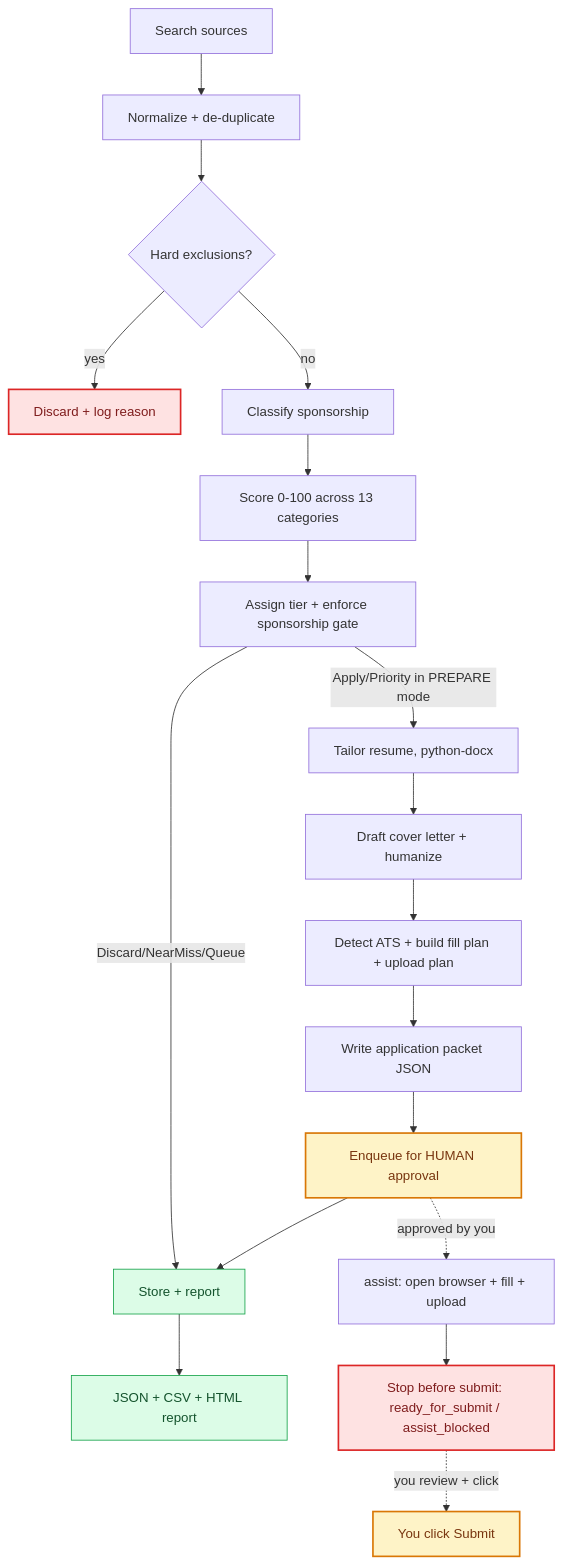
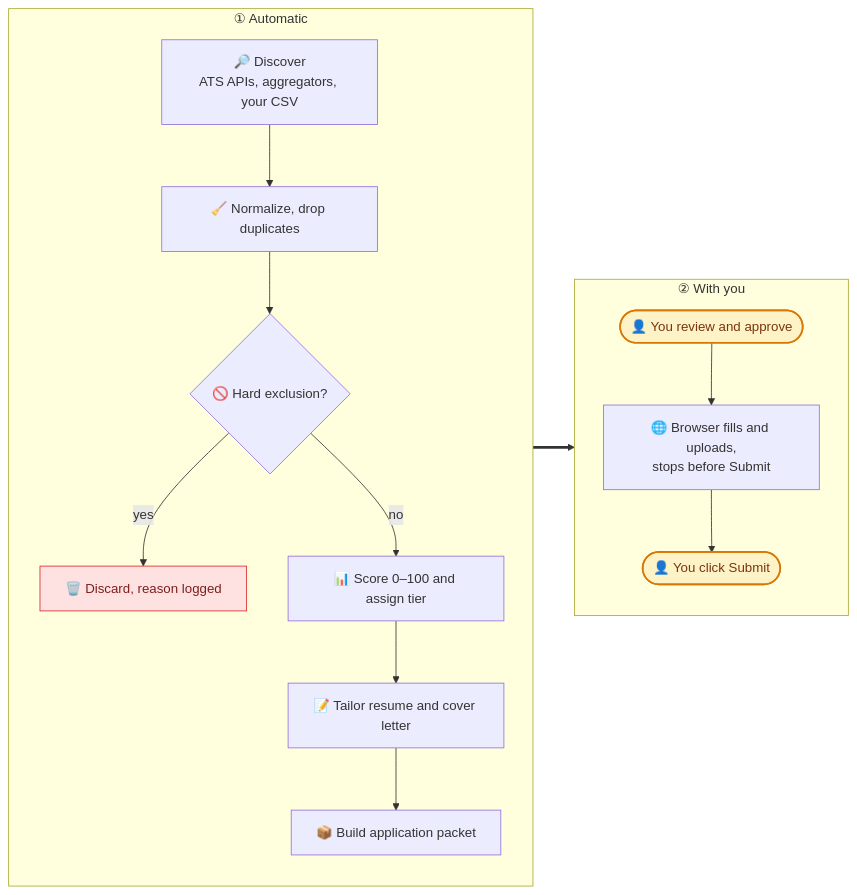
The first of 6 diagrams in README.md (AtreshSoma/JobAgent), drawn with Mermaid before and after one commit. The commit also changed other lines of this file and 4 other files, not shown here.

````diff
--- a/README.md
+++ b/README.md
@@ -292,27 +77,23 @@
 ```mermaid
-flowchart TD
-    A[Search sources] --> B[Normalize + de-duplicate]
-    B --> C{Hard exclusions?}
-    C -- yes --> X[Discard + log reason]
-    C -- no --> D[Classify sponsorship]
-    D --> E[Score 0-100 across 13 categories]
-    E --> F[Assign tier + enforce sponsorship gate]
-    F -- Discard/NearMiss/Queue --> R[Store + report]
-    F -- Apply/Priority in PREPARE mode --> G[Tailor resume, python-docx]
-    G --> H[Draft cover letter + humanize]
-    H --> I[Detect ATS + build fill plan + upload plan]
-    I --> J[Write application packet JSON]
-    J --> K[Enqueue for HUMAN approval]
-    K --> R
-    R --> S[JSON + CSV + HTML report]
-    K -.approved by you.-> T[assist: open browser + fill + upload]
-    T --> V[Stop before submit: ready_for_submit / assist_blocked]
-    V -.you review + click.-> W[You click Submit]
+flowchart LR
+    subgraph AUTO["① Automatic"]
+        direction TB
+        A["🔎 Discover<br/>ATS APIs, aggregators, your CSV"] --> B["🧹 Normalize, drop duplicates"]
+        B --> C{"🚫 Hard exclusion?"}
+        C -- yes --> X["🗑️ Discard, reason logged"]
+        C -- no --> D["📊 Score 0–100 and assign tier"]
+        D --> E["📝 Tailor resume and cover letter"]
+        E --> F["📦 Build application packet"]
+    end
+    subgraph YOU["② With you"]
+        direction TB
+        G(["👤 You review and approve"]) --> H["🌐 Browser fills and uploads,<br/>stops before Submit"]
+        H --> I(["👤 You click Submit"])
+    end
+    AUTO ==> YOU
 
     classDef human fill:#fef3c7,stroke:#d97706,stroke-width:2px,color:#78350f
-    classDef stop fill:#fee2e2,stroke:#dc2626,stroke-width:2px,color:#7f1d1d
-    classDef out fill:#dcfce7,stroke:#16a34a,stroke-width:1px,color:#14532d
-    class K,W human
-    class V,X stop
-    class R,S out
+    classDef stop fill:#fee2e2,stroke:#dc2626,color:#7f1d1d
+    class G,I human
+    class X stop
 ```
````
